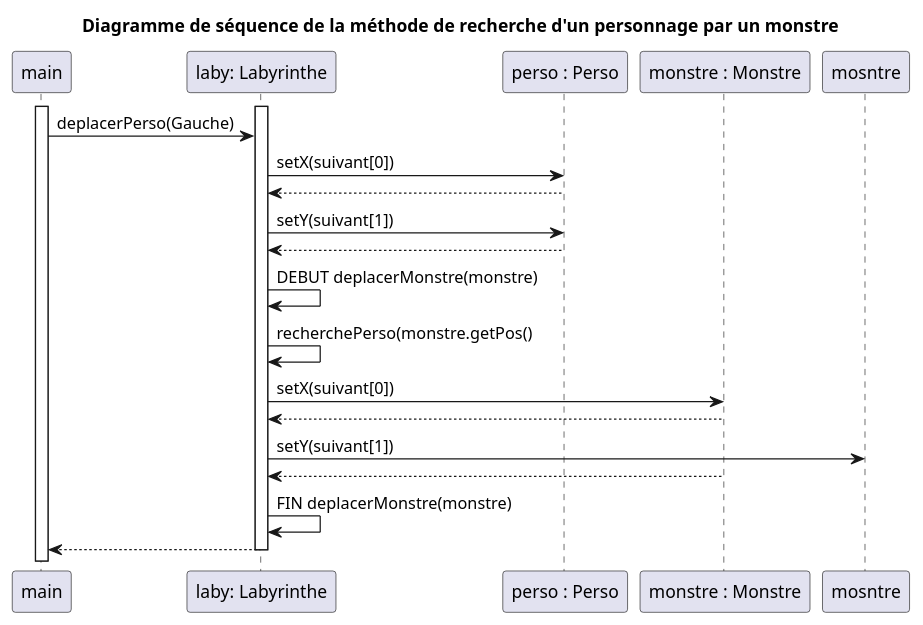
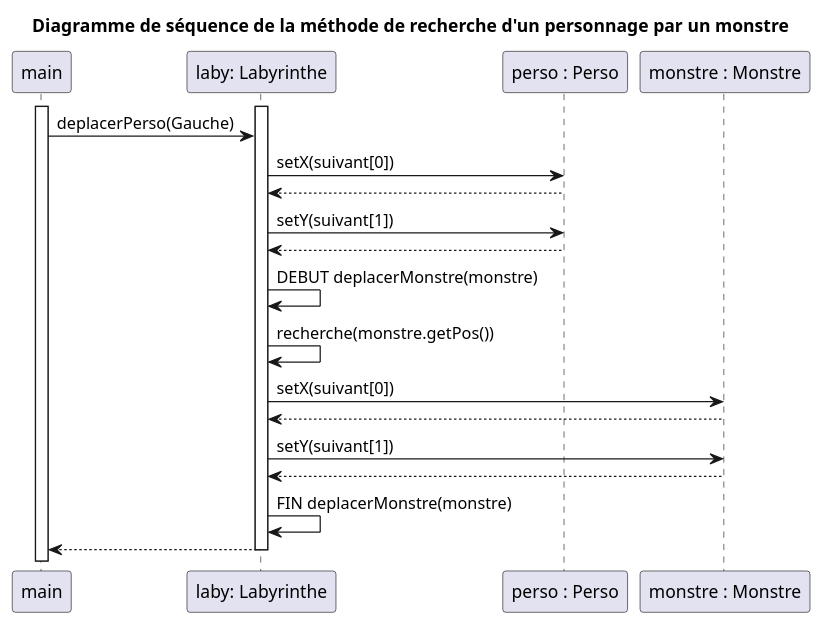
The diagram in documents/version_4/diagSequence_monstre_intellignent.puml (Zhi-Sheng-Trieu/2022_Zeldiablo_Doan_Oudin_Trieu_Noel), drawn with PlantUML before and after one commit. The commit also changed 1 other file, not shown here.

Commit message:
commit de diagramme

```diff
--- a/documents/version_4/diagSequence_monstre_intellignent.puml
+++ b/documents/version_4/diagSequence_monstre_intellignent.puml
@@ -1,30 +1,30 @@
 @startuml
 
 title Diagramme de séquence de la méthode de recherche d'un personnage par un monstre
 
 participant "main" as main
 participant "laby: Labyrinthe" as laby
 participant "perso : Perso" as perso
 participant "monstre : Monstre" as monstre
 
 activate main
     activate laby
     main -> laby : deplacerPerso(Gauche)
 
     laby -> perso : setX(suivant[0])
     perso --> laby
     laby -> perso : setY(suivant[1])
     perso --> laby
     laby -> laby : DEBUT deplacerMonstre(monstre)
-    laby -> laby : recherchePerso(monstre.getPos()
+    laby -> laby : recherche(monstre.getPos())
     laby -> monstre : setX(suivant[0])
     monstre --> laby
-    laby -> mosntre : setY(suivant[1])
+    laby -> monstre : setY(suivant[1])
     monstre --> laby
     laby -> laby : FIN deplacerMonstre(monstre)
     laby --> main
     deactivate laby
 
 
 
 @enduml
```
